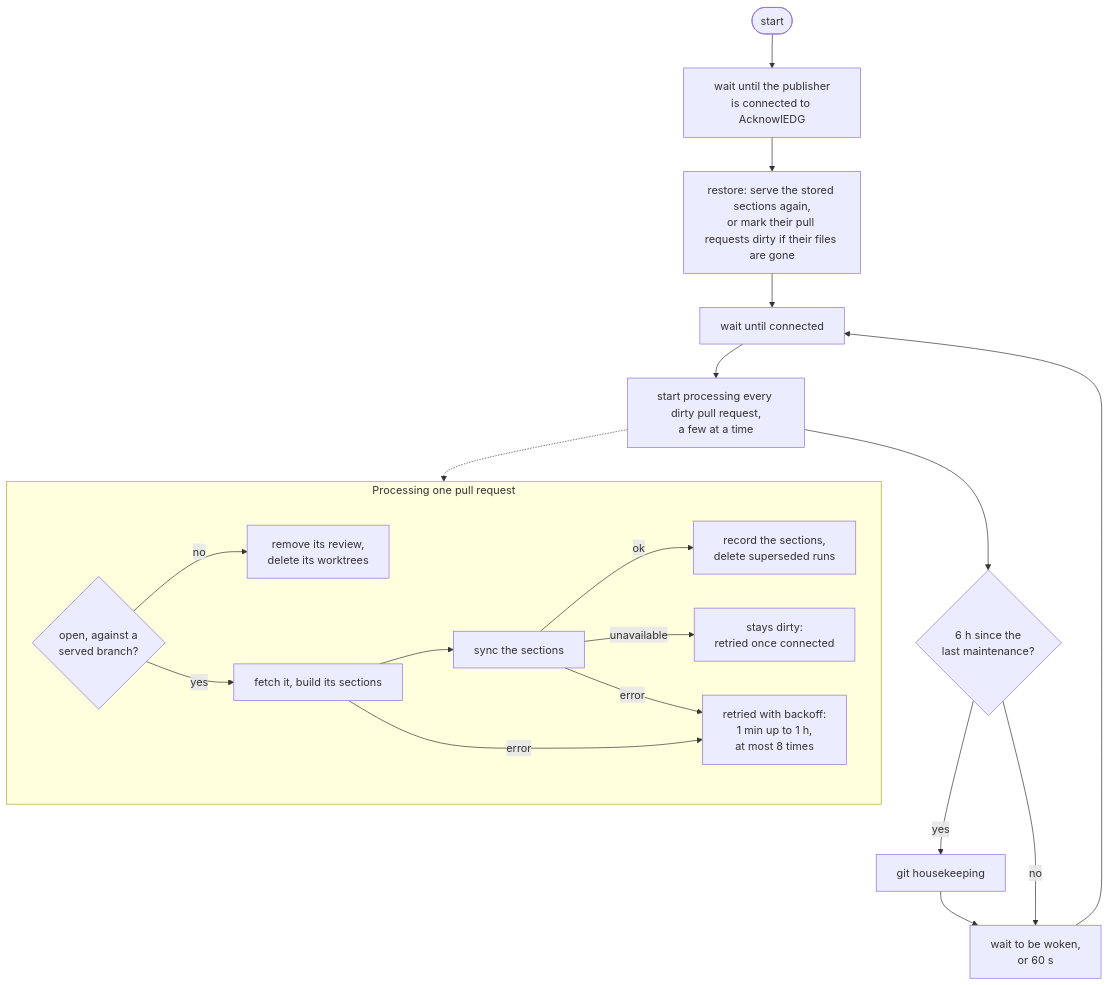
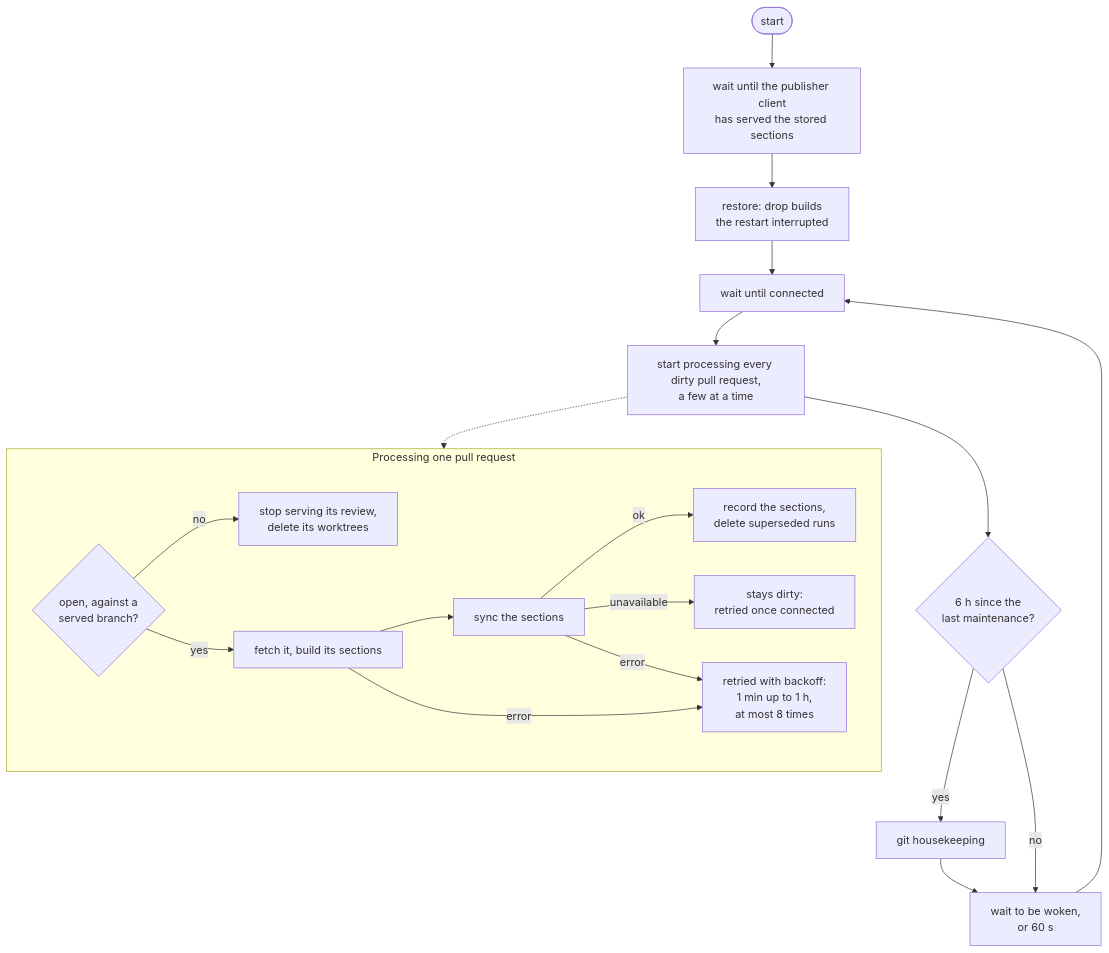
One commit to edgcpp/compiler changed the second of 7 diagrams in dev_tools/services/acknowledg-forge/SANDBOXING.md. Above: the diagram before and after it, drawn with Mermaid. The commit also changed other lines of this file and 36 other files, not shown here.

````diff
--- a/dev_tools/services/acknowledg-forge/SANDBOXING.md
+++ b/dev_tools/services/acknowledg-forge/SANDBOXING.md
@@ -228,23 +232,23 @@
 ```mermaid
 flowchart TB
-  start([start]) --> connected1[wait until the publisher<br/>is connected to AcknowlEDG]
-  connected1 --> restore[restore: serve the stored sections again,<br/>or mark their pull requests dirty if their files are gone]
+  start([start]) --> connected1[wait until the publisher client<br/>has served the stored sections]
+  connected1 --> restore[restore: drop builds<br/>the restart interrupted]
   restore --> connected2[wait until connected]
   connected2 --> due[start processing every dirty pull request,<br/>a few at a time]
   due --> maintain{6 h since the<br/>last maintenance?}
   maintain -->|yes| gc[git housekeeping] --> sleep
   maintain -->|no| sleep[wait to be woken,<br/>or 60 s]
   sleep --> connected2
 
   due -.-> process
   subgraph process [Processing one pull request]
     open{open, against a<br/>served branch?}
-    open -->|no| teardown[remove its review,<br/>delete its worktrees]
+    open -->|no| teardown[stop serving its review,<br/>delete its worktrees]
     open -->|yes| fetchbuild[fetch it, build its sections]
     fetchbuild --> sync[sync the sections]
     sync -->|ok| record[record the sections,<br/>delete superseded runs]
     sync -->|unavailable| defer[stays dirty:<br/>retried once connected]
     fetchbuild -->|error| retry[retried with backoff:<br/>1 min up to 1 h,<br/>at most 8 times]
     sync -->|error| retry
   end
 ```
````
